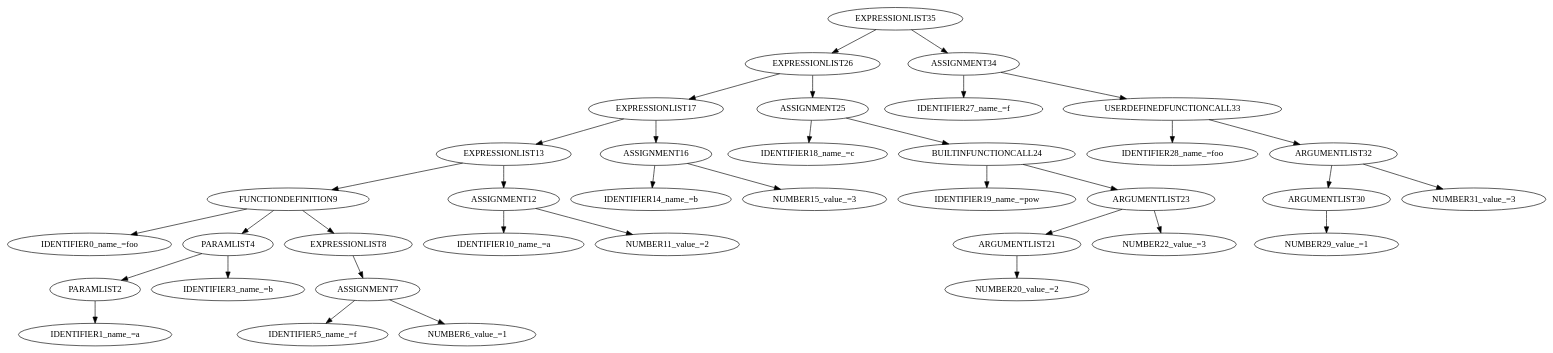
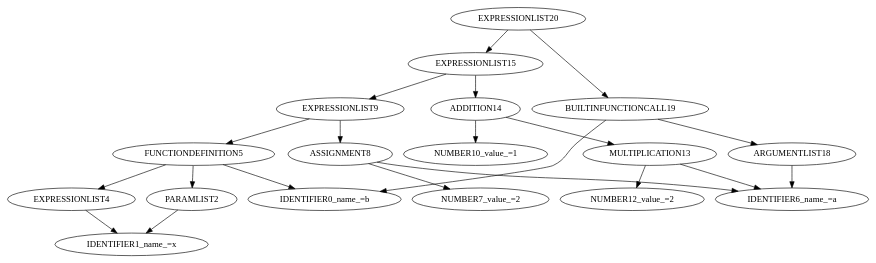
The diagram in BisonSymbolTableIntro/output1.dot (dhmhgreCompilers1/BisonProjectTemplate), drawn with Graphviz before and after one commit. The commit also changed 16 other files, not shown here.

```diff
--- a/BisonSymbolTableIntro/output1.dot
+++ b/BisonSymbolTableIntro/output1.dot
@@ -1,37 +1,22 @@
 digraph G {
-"EXPRESSIONLIST35" -> "EXPRESSIONLIST26";
-"EXPRESSIONLIST26" -> "EXPRESSIONLIST17";
-"EXPRESSIONLIST17" -> "EXPRESSIONLIST13";
-"EXPRESSIONLIST13" -> "FUNCTIONDEFINITION9";
-"FUNCTIONDEFINITION9" -> "IDENTIFIER0_name_=foo";
-"FUNCTIONDEFINITION9" -> "PARAMLIST4";
-"PARAMLIST4" -> "PARAMLIST2";
-"PARAMLIST2" -> "IDENTIFIER1_name_=a";
-"PARAMLIST4" -> "IDENTIFIER3_name_=b";
-"FUNCTIONDEFINITION9" -> "EXPRESSIONLIST8";
-"EXPRESSIONLIST8" -> "ASSIGNMENT7";
-"ASSIGNMENT7" -> "IDENTIFIER5_name_=f";
-"ASSIGNMENT7" -> "NUMBER6_value_=1";
-"EXPRESSIONLIST13" -> "ASSIGNMENT12";
-"ASSIGNMENT12" -> "IDENTIFIER10_name_=a";
-"ASSIGNMENT12" -> "NUMBER11_value_=2";
-"EXPRESSIONLIST17" -> "ASSIGNMENT16";
-"ASSIGNMENT16" -> "IDENTIFIER14_name_=b";
-"ASSIGNMENT16" -> "NUMBER15_value_=3";
-"EXPRESSIONLIST26" -> "ASSIGNMENT25";
-"ASSIGNMENT25" -> "IDENTIFIER18_name_=c";
-"ASSIGNMENT25" -> "BUILTINFUNCTIONCALL24";
-"BUILTINFUNCTIONCALL24" -> "IDENTIFIER19_name_=pow";
-"BUILTINFUNCTIONCALL24" -> "ARGUMENTLIST23";
-"ARGUMENTLIST23" -> "ARGUMENTLIST21";
-"ARGUMENTLIST21" -> "NUMBER20_value_=2";
-"ARGUMENTLIST23" -> "NUMBER22_value_=3";
-"EXPRESSIONLIST35" -> "ASSIGNMENT34";
-"ASSIGNMENT34" -> "IDENTIFIER27_name_=f";
-"ASSIGNMENT34" -> "USERDEFINEDFUNCTIONCALL33";
-"USERDEFINEDFUNCTIONCALL33" -> "IDENTIFIER28_name_=foo";
-"USERDEFINEDFUNCTIONCALL33" -> "ARGUMENTLIST32";
-"ARGUMENTLIST32" -> "ARGUMENTLIST30";
-"ARGUMENTLIST30" -> "NUMBER29_value_=1";
-"ARGUMENTLIST32" -> "NUMBER31_value_=3";
+"EXPRESSIONLIST20" -> "EXPRESSIONLIST15";
+"EXPRESSIONLIST15" -> "EXPRESSIONLIST9";
+"EXPRESSIONLIST9" -> "FUNCTIONDEFINITION5";
+"FUNCTIONDEFINITION5" -> "IDENTIFIER0_name_=b";
+"FUNCTIONDEFINITION5" -> "PARAMLIST2";
+"PARAMLIST2" -> "IDENTIFIER1_name_=x";
+"FUNCTIONDEFINITION5" -> "EXPRESSIONLIST4";
+"EXPRESSIONLIST4" -> "IDENTIFIER1_name_=x";
+"EXPRESSIONLIST9" -> "ASSIGNMENT8";
+"ASSIGNMENT8" -> "IDENTIFIER6_name_=a";
+"ASSIGNMENT8" -> "NUMBER7_value_=2";
+"EXPRESSIONLIST15" -> "ADDITION14";
+"ADDITION14" -> "NUMBER10_value_=1";
+"ADDITION14" -> "MULTIPLICATION13";
+"MULTIPLICATION13" -> "IDENTIFIER6_name_=a";
+"MULTIPLICATION13" -> "NUMBER12_value_=2";
+"EXPRESSIONLIST20" -> "BUILTINFUNCTIONCALL19";
+"BUILTINFUNCTIONCALL19" -> "IDENTIFIER0_name_=b";
+"BUILTINFUNCTIONCALL19" -> "ARGUMENTLIST18";
+"ARGUMENTLIST18" -> "IDENTIFIER6_name_=a";
 }
```
